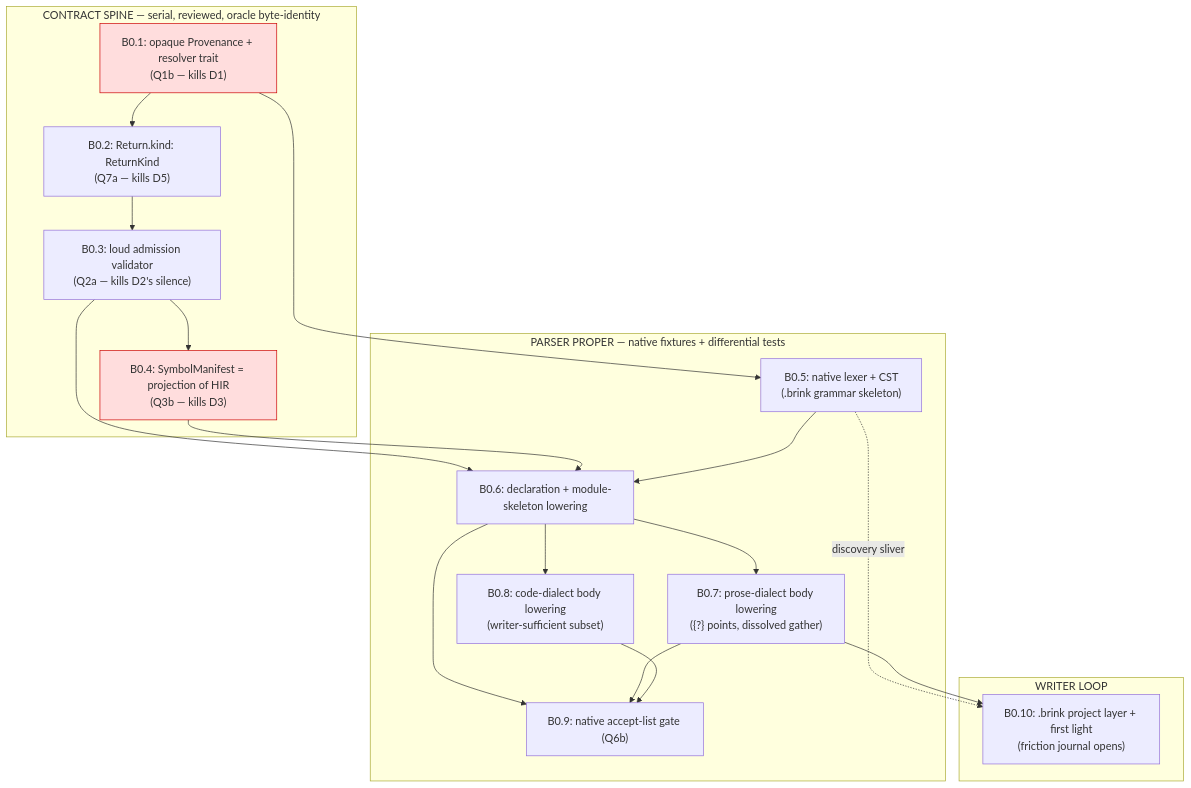
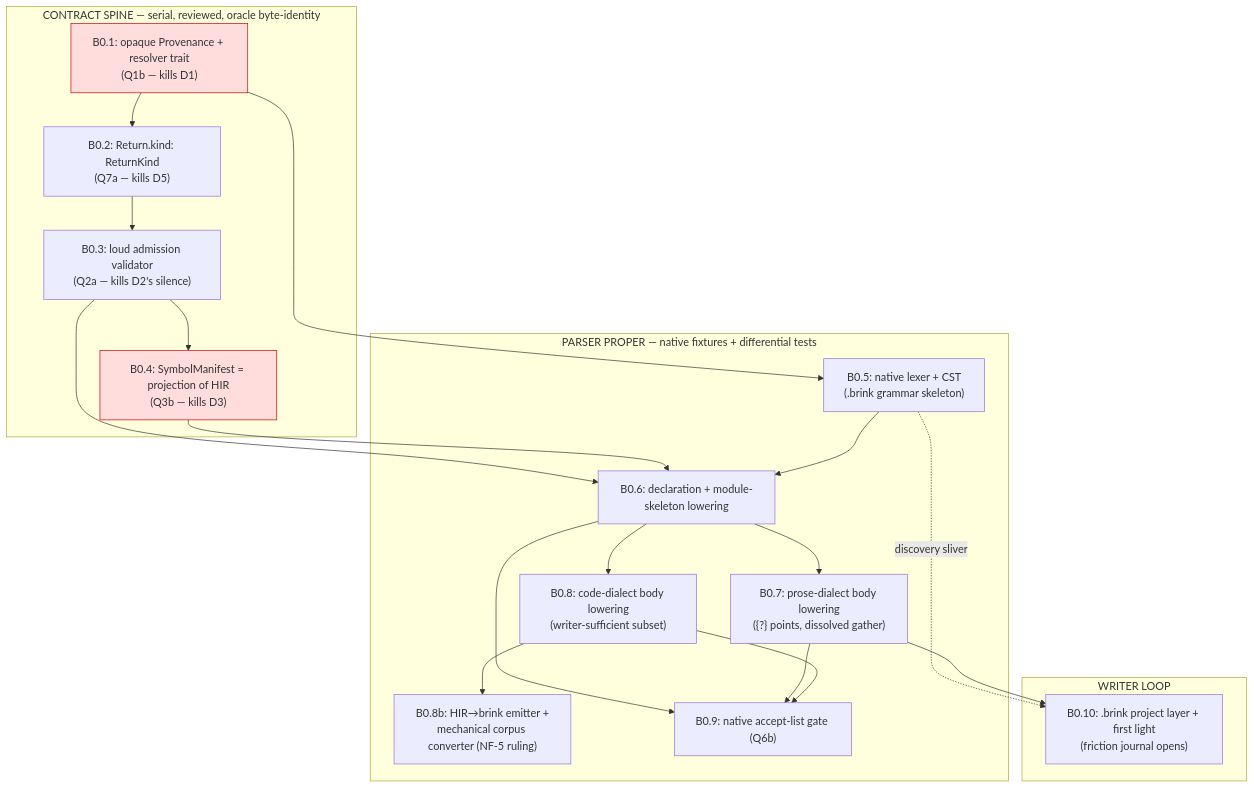
Before and after one commit to Syynth/brink: the diagram in docs/b0-sequencing.md, drawn with Mermaid. The commit also changed other lines of this file and 1 other file, not shown here.

````diff
--- a/docs/b0-sequencing.md
+++ b/docs/b0-sequencing.md
@@ -36,37 +36,39 @@
 ```mermaid
 graph TD
   subgraph Spine["CONTRACT SPINE — serial, reviewed, oracle byte-identity"]
     B01["B0.1: opaque Provenance + resolver trait<br/>(Q1b — kills D1)"]
     B02["B0.2: Return.kind: ReturnKind<br/>(Q7a — kills D5)"]
     B03["B0.3: loud admission validator<br/>(Q2a — kills D2's silence)"]
     B04["B0.4: SymbolManifest = projection of HIR<br/>(Q3b — kills D3)"]
   end
 
   subgraph Parser["PARSER PROPER — native fixtures + differential tests"]
     B05["B0.5: native lexer + CST<br/>(.brink grammar skeleton)"]
     B06["B0.6: declaration + module-skeleton lowering"]
     B07["B0.7: prose-dialect body lowering<br/>({?} points, dissolved gather)"]
     B08["B0.8: code-dialect body lowering<br/>(writer-sufficient subset)"]
+    B08b["B0.8b: HIR→brink emitter +<br/>mechanical corpus converter (NF-5 ruling)"]
     B09["B0.9: native accept-list gate (Q6b)"]
   end
 
   subgraph Loop["WRITER LOOP"]
     B10["B0.10: .brink project layer + first light<br/>(friction journal opens)"]
   end
 
   B01 --> B02 --> B03 --> B04
   B01 --> B05
   B03 --> B06
   B04 --> B06
   B05 --> B06
   B06 --> B07
   B06 --> B08
   B06 --> B09
   B07 --> B09
   B08 --> B09
+  B08 --> B08b
   B05 -.discovery sliver.-> B10
   B07 --> B10
 
   classDef danger fill:#fdd,stroke:#c00;
   class B01,B04 danger;
 ```
````
